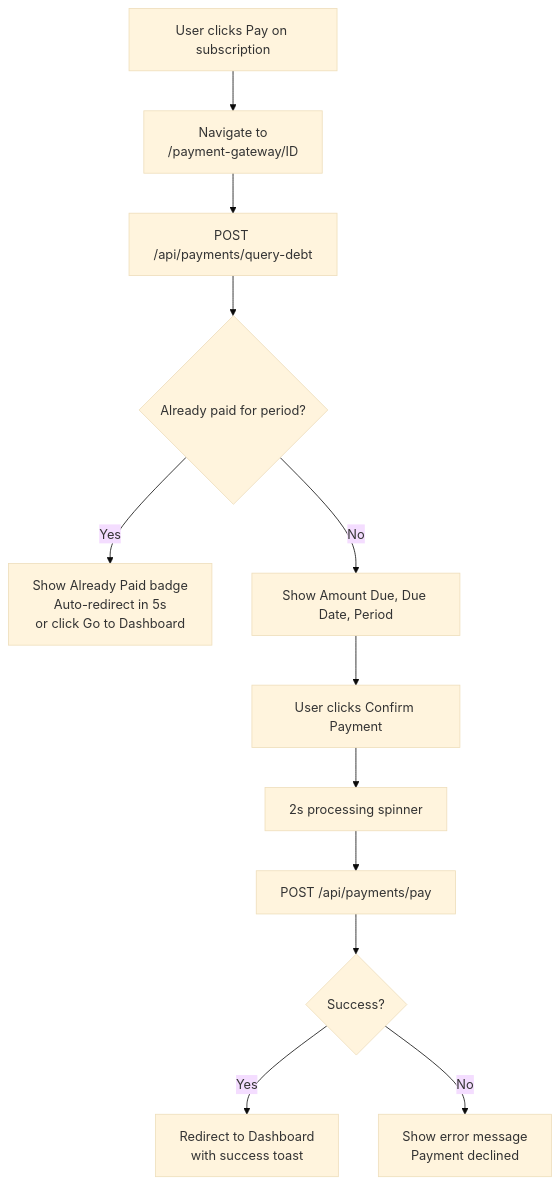
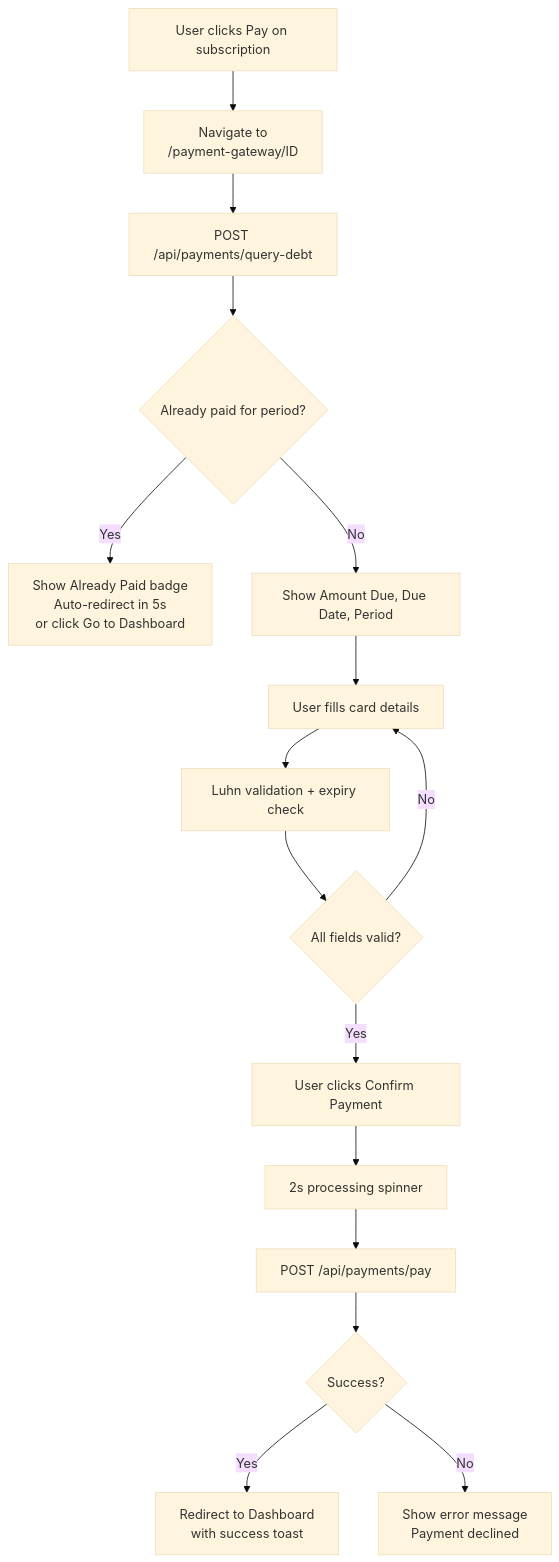
The fifth of 6 diagrams in SYSTEM_DESIGN.md (mehfes/HalalBank), drawn with Mermaid (base theme) before and after one commit. The commit also changed other lines of this file and 3 other files, not shown here.

````diff
--- a/SYSTEM_DESIGN.md
+++ b/SYSTEM_DESIGN.md
@@ -265,14 +243,18 @@
 ```mermaid
 flowchart TD
     A[User clicks Pay on subscription] --> B["Navigate to<br/>/payment-gateway/ID"]
     B --> C["POST /api/payments/query-debt"]
     C --> D{Already paid for period?}
     D -->|Yes| E["Show Already Paid badge<br/>Auto-redirect in 5s<br/>or click Go to Dashboard"]
     D -->|No| F["Show Amount Due, Due Date, Period"]
-    F --> G[User clicks Confirm Payment]
-    G --> H["2s processing spinner"]
-    H --> I["POST /api/payments/pay"]
-    I --> J{Success?}
-    J -->|Yes| K["Redirect to Dashboard<br/>with success toast"]
-    J -->|No| L["Show error message<br/>Payment declined"]
+    F --> G[User fills card details]
+    G --> H[Luhn validation + expiry check]
+    H --> I{All fields valid?}
+    I -->|No| G
+    I -->|Yes| J[User clicks Confirm Payment]
+    J --> K["2s processing spinner"]
+    K --> L["POST /api/payments/pay"]
+    L --> M{Success?}
+    M -->|Yes| N["Redirect to Dashboard<br/>with success toast"]
+    M -->|No| O["Show error message<br/>Payment declined"]
 ```
````
